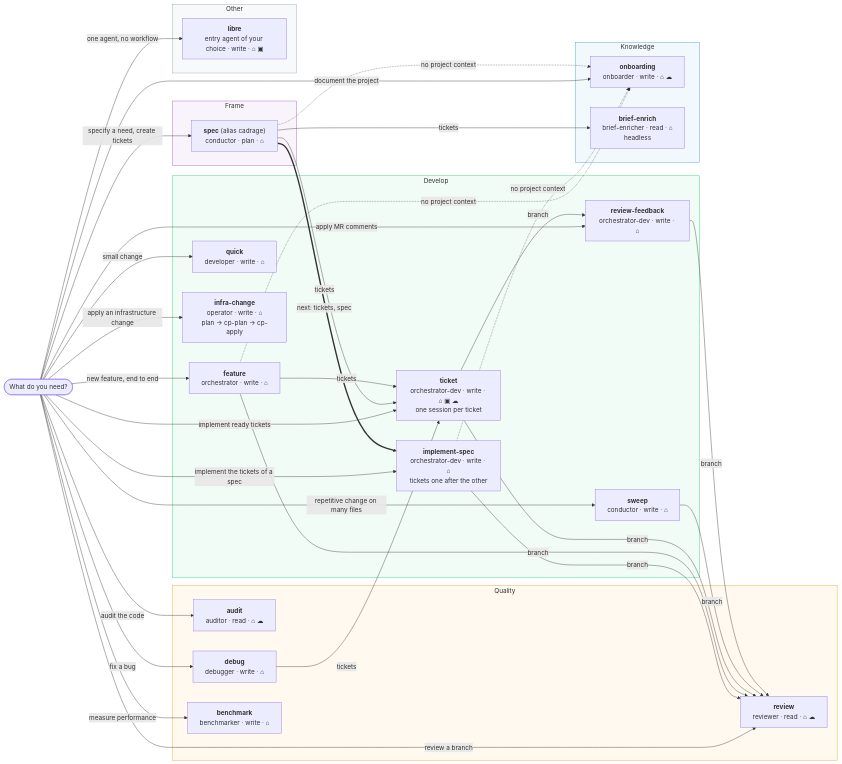
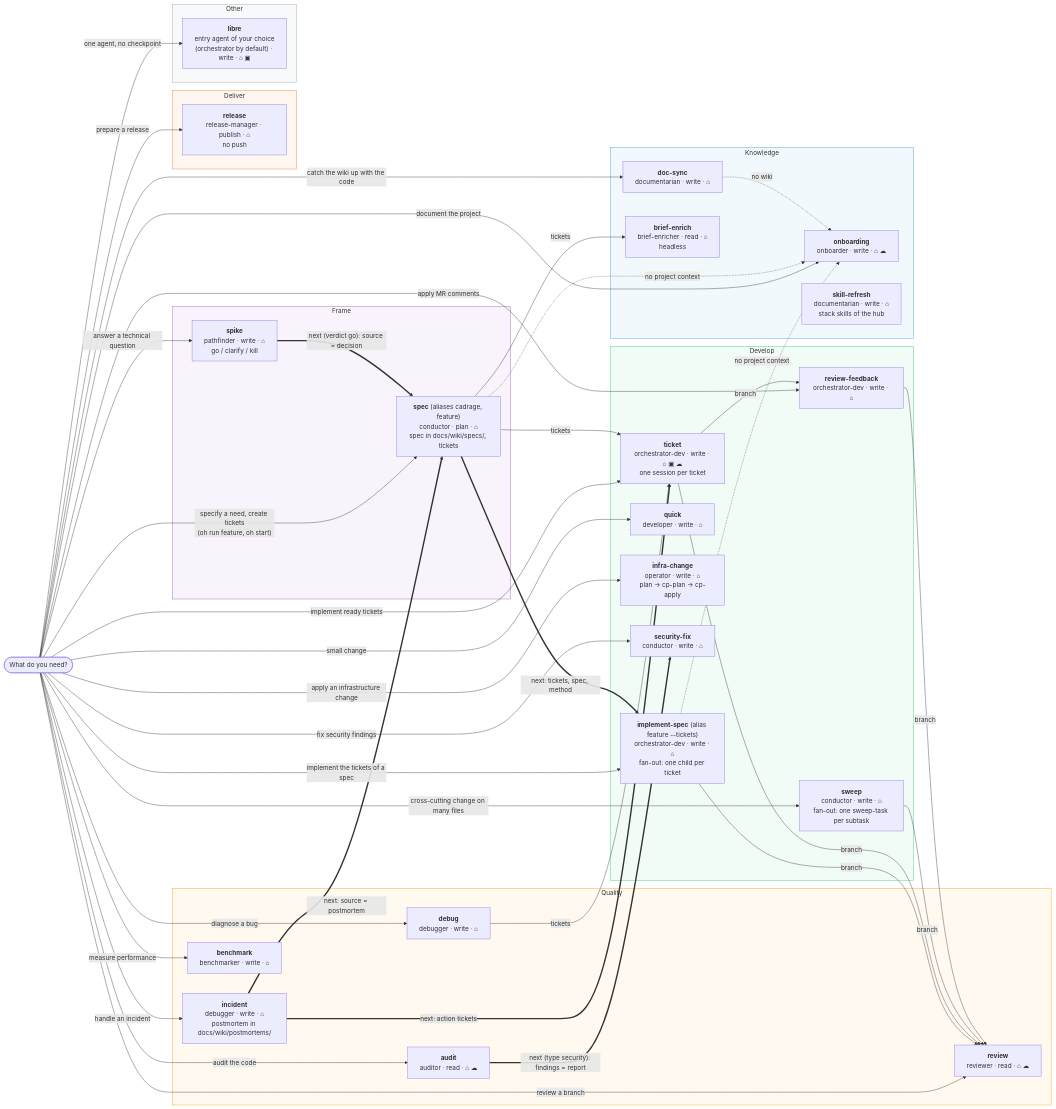
The diagram in docs/diagrams/workflow-scenarios-map.mermaid (datichb/openhub), drawn with Mermaid before and after one commit. The commit also changed 18 other files, not shown here.

First line of the commit message:
docs(architecture): bring the synthesis docs and diagrams up to date (modernisation docs-synthesis)

```diff
--- a/docs/diagrams/workflow-scenarios-map.mermaid
+++ b/docs/diagrams/workflow-scenarios-map.mermaid
@@ -1,78 +1,97 @@
 %% OpenHub -- Workflow scenarios map (v5)
-%% "What do you need?" -> one of the workflows shipped by the hub
+%% "What do you need?" -> one of the 22 workflows shipped by the hub
 %% (workflows/*.yaml), grouped by category, with their entry agent, risk and
 %% allowed runtimes (⌂ local, ▣ container, ☁ remote).
+%% `feature` and `cadrage` are aliases, not workflows: `oh run feature` and
+%% `oh run cadrage` start spec, `oh run feature --tickets …` starts implement-spec.
+%% merge-conflicts and sweep-task are started by oh in a fan-out (fanout-flow.mermaid).
+%% Thick arrows: next steps declared by the workflow (`next:`), proposed by oh
+%% with the outputs it recorded as inputs; never launched by oh.
 %% Solid arrows: "Chain with…" suggestions at the end of a session (a typed output
 %% feeds an input of the next workflow: branch → branch, beads-ids → beads-id(s)).
-%% Thick arrows: steps declared by the workflow (`next:`, R5), proposed first,
-%% with the outputs recorded by oh as inputs; never launched by oh.
 %% Dotted arrows: preconditions (missing project context → run onboarding first, then resume).
 
 flowchart LR
     Start(["What do you need?"])
-    Start -->|"specify a need, create tickets"| SPEC
+    Start -->|"specify a need, create tickets<br/>(oh run feature, oh start)"| SPEC
+    Start -->|"answer a technical question"| SPIKE
     Start -->|"implement the tickets of a spec"| IMPL
-    Start -->|"new feature, end to end"| FEAT
     Start -->|"implement ready tickets"| TICK
     Start -->|"small change"| QUICK
-    Start -->|"repetitive change on many files"| SWEEP
+    Start -->|"cross-cutting change on many files"| SWEEP
+    Start -->|"apply MR comments"| RF
     Start -->|"apply an infrastructure change"| INFRA
-    Start -->|"apply MR comments"| RF
     Start -->|"review a branch"| REV
     Start -->|"audit the code"| AUD
-    Start -->|"fix a bug"| DBG
+    Start -->|"fix security findings"| SECFIX
+    Start -->|"diagnose a bug"| DBG
+    Start -->|"handle an incident"| INC
     Start -->|"measure performance"| BENCH
     Start -->|"document the project"| ONB
-    Start -->|"one agent, no workflow"| LIB
+    Start -->|"catch the wiki up with the code"| DOCSYNC
+    Start -->|"prepare a release"| REL
+    Start -->|"one agent, no checkpoint"| LIB
 
     subgraph FRAME ["Frame"]
-        SPEC["<b>spec</b> (alias cadrage)<br/>conductor · plan · ⌂"]
+        SPEC["<b>spec</b> (aliases cadrage, feature)<br/>conductor · plan · ⌂<br/>spec in docs/wiki/specs/, tickets"]
+        SPIKE["<b>spike</b><br/>pathfinder · write · ⌂<br/>go / clarify / kill"]
     end
 
     subgraph DEVELOP ["Develop"]
-        FEAT["<b>feature</b><br/>orchestrator · write · ⌂"]
-        IMPL["<b>implement-spec</b><br/>orchestrator-dev · write · ⌂<br/>tickets one after the other"]
+        IMPL["<b>implement-spec</b> (alias feature --tickets)<br/>orchestrator-dev · write · ⌂<br/>fan-out: one child per ticket"]
         TICK["<b>ticket</b><br/>orchestrator-dev · write · ⌂ ▣ ☁<br/>one session per ticket"]
         QUICK["<b>quick</b><br/>developer · write · ⌂"]
-        SWEEP["<b>sweep</b><br/>conductor · write · ⌂"]
+        SWEEP["<b>sweep</b><br/>conductor · write · ⌂<br/>fan-out: one sweep-task per subtask"]
+        RF["<b>review-feedback</b><br/>orchestrator-dev · write · ⌂"]
+        SECFIX["<b>security-fix</b><br/>conductor · write · ⌂"]
         INFRA["<b>infra-change</b><br/>operator · write · ⌂<br/>plan → cp-plan → cp-apply"]
-        RF["<b>review-feedback</b><br/>orchestrator-dev · write · ⌂"]
     end
 
     subgraph QUALITY ["Quality"]
         REV["<b>review</b><br/>reviewer · read · ⌂ ☁"]
         AUD["<b>audit</b><br/>auditor · read · ⌂ ☁"]
         DBG["<b>debug</b><br/>debugger · write · ⌂"]
+        INC["<b>incident</b><br/>debugger · write · ⌂<br/>postmortem in docs/wiki/postmortems/"]
         BENCH["<b>benchmark</b><br/>benchmarker · write · ⌂"]
     end
 
     subgraph KNOWLEDGE ["Knowledge"]
         ONB["<b>onboarding</b><br/>onboarder · write · ⌂ ☁"]
+        DOCSYNC["<b>doc-sync</b><br/>documentarian · write · ⌂"]
+        SKR["<b>skill-refresh</b><br/>documentarian · write · ⌂<br/>stack skills of the hub"]
         BRF["<b>brief-enrich</b><br/>brief-enricher · read · ⌂<br/>headless"]
     end
 
-    subgraph OTHER ["Other"]
-        LIB["<b>libre</b><br/>entry agent of your choice · write · ⌂ ▣"]
+    subgraph DELIVER ["Deliver"]
+        REL["<b>release</b><br/>release-manager · publish · ⌂<br/>no push"]
     end
 
-    SPEC ==>|"next: tickets, spec"| IMPL
+    subgraph OTHER ["Other"]
+        LIB["<b>libre</b><br/>entry agent of your choice<br/>(orchestrator by default) · write · ⌂ ▣"]
+    end
+
+    SPEC ==>|"next: tickets, spec, method"| IMPL
+    SPIKE ==>|"next (verdict go): source = decision"| SPEC
+    INC ==>|"next: source = postmortem"| SPEC
+    INC ==>|"next: action tickets"| TICK
+    AUD ==>|"next (type security): findings = report"| SECFIX
+
     SPEC -->|"tickets"| TICK
     SPEC -->|"tickets"| BRF
     IMPL -->|"branch"| REV
-    FEAT -->|"branch"| REV
-    FEAT -->|"tickets"| TICK
     TICK -->|"branch"| REV
     TICK -->|"branch"| RF
     SWEEP -->|"branch"| REV
     RF -->|"branch"| REV
     DBG -->|"tickets"| TICK
 
-    FEAT -.->|"no project context"| ONB
     SPEC -.->|"no project context"| ONB
     IMPL -.->|"no project context"| ONB
+    DOCSYNC -.->|"no wiki"| ONB
 
     style FRAME fill:#9b59b610,stroke:#9b59b6
     style DEVELOP fill:#2ecc7110,stroke:#2ecc71
     style QUALITY fill:#f39c1210,stroke:#f39c12
     style KNOWLEDGE fill:#3498db10,stroke:#3498db
+    style DELIVER fill:#e67e2210,stroke:#e67e22
     style OTHER fill:#95a5a610,stroke:#95a5a6
```
